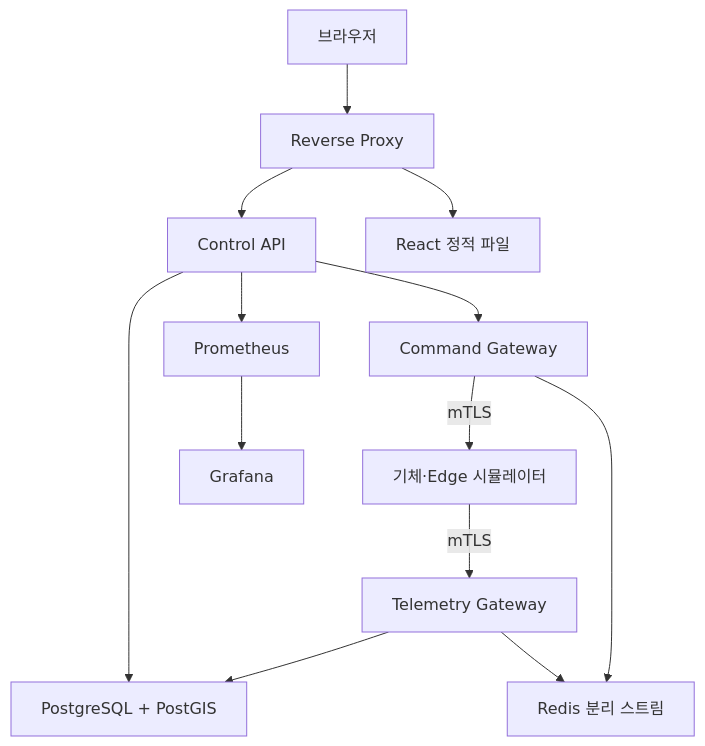
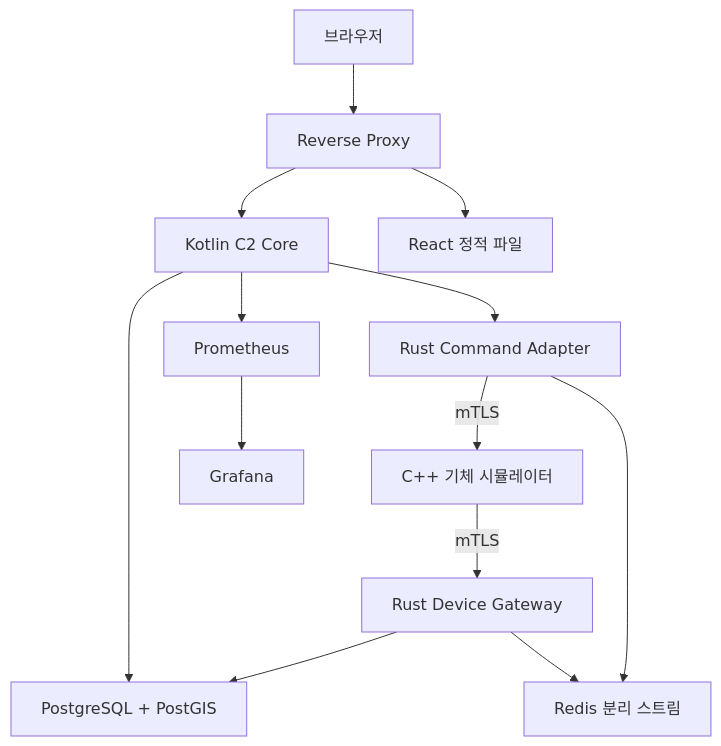
One commit to croppedeyebrow/Military_Project-AeroOps changed the first of 2 diagrams in docs/planning/04_인프라_네트워크_클라우드.md. Above: the diagram before and after it, drawn with Mermaid. The commit also changed other lines of this file and 27 other files, not shown here.

````diff
--- a/docs/planning/04_인프라_네트워크_클라우드.md
+++ b/docs/planning/04_인프라_네트워크_클라우드.md
@@ -5,15 +5,15 @@
 ```mermaid
 flowchart TD
     BROWSER["브라우저"] --> PROXY["Reverse Proxy"]
-    SIM["기체·Edge 시뮬레이터"] -->|"mTLS"| TGW["Telemetry Gateway"]
-    PROXY --> API["Control API"]
-    API --> CGW["Command Gateway"]
+    SIM["C++ 기체 시뮬레이터"] -->|"mTLS"| TGW["Rust Device Gateway"]
+    PROXY --> API["Kotlin C2 Core"]
+    API --> CGW["Rust Command Adapter"]
     CGW -->|"mTLS"| SIM
     TGW --> REDIS["Redis 분리 스트림"]
     CGW --> REDIS
     PROXY --> WEB["React 정적 파일"]
     API --> PG["PostgreSQL + PostGIS"]
     TGW --> PG
     API --> METRIC["Prometheus"]
     METRIC --> GRAFANA["Grafana"]
 ```
````
